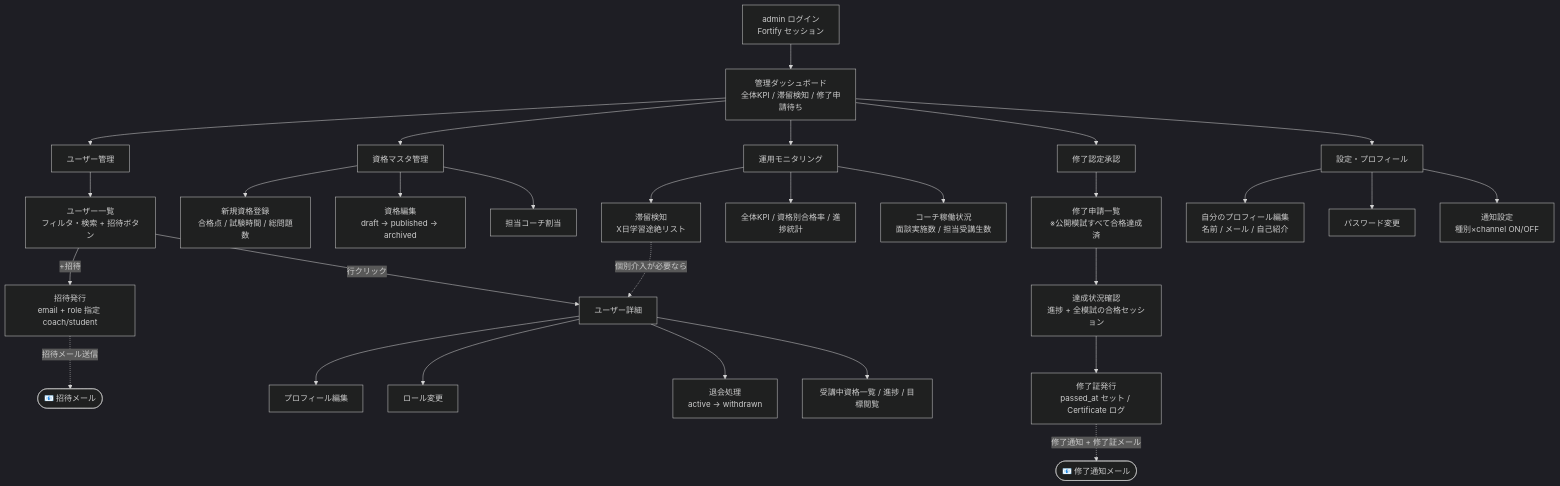
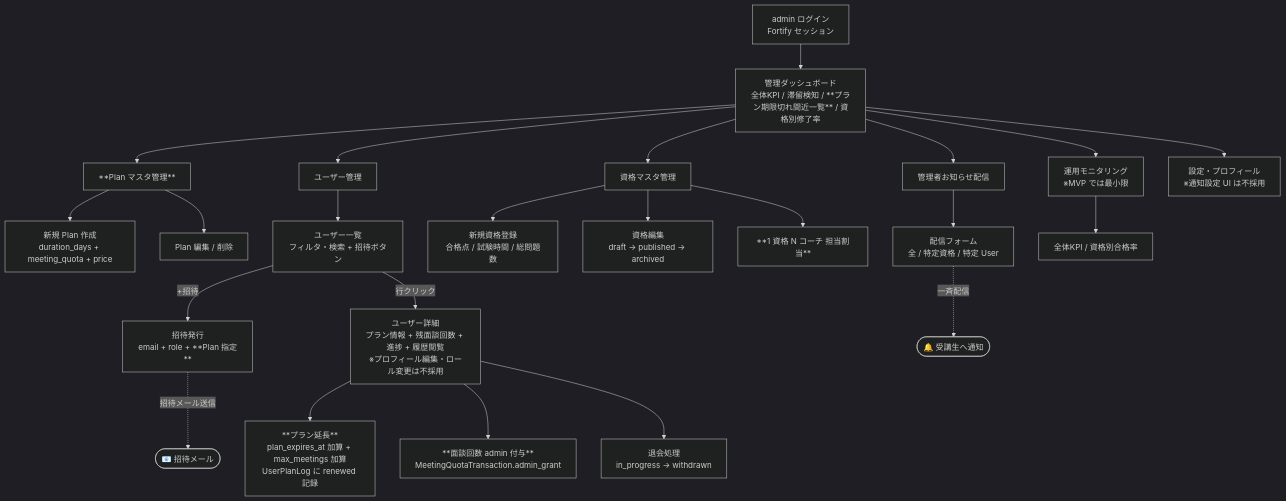
Before and after one commit to coachtech-mockcase-second/ExampleAnswer-mockcase-CertifyLMS: the second of 9 diagrams in docs/steering/product.md, drawn with Mermaid (dark theme). The commit also changed other lines of this file and 67 other files, not shown here.

````diff
--- a/docs/steering/product.md
+++ b/docs/steering/product.md
@@ -164,37 +205,31 @@
 ```mermaid
 flowchart TD
-    Login[admin ログイン<br/>Fortify セッション] --> Dash[管理ダッシュボード<br/>全体KPI / 滞留検知 / 修了申請待ち]
+    Login[admin ログイン<br/>Fortify セッション] --> Dash[管理ダッシュボード<br/>全体KPI / 滞留検知 / **プラン期限切れ間近一覧** / 資格別修了率]
+
+    Dash --> PlanMgmt[**Plan マスタ管理**]
+    PlanMgmt --> AddPlan[新規 Plan 作成<br/>duration_days + meeting_quota + price]
+    PlanMgmt --> EditPlan[Plan 編集 / 削除]
 
     Dash --> UserMgmt[ユーザー管理]
     UserMgmt --> UserList[ユーザー一覧<br/>フィルタ・検索 + 招待ボタン]
-    UserList -->|+招待| InviteFlow[招待発行<br/>email + role 指定 coach/student]
+    UserList -->|+招待| InviteFlow[招待発行<br/>email + role + **Plan 指定**]
     InviteFlow -.->|招待メール送信| MailInvite([📧 招待メール])
-    UserList -->|行クリック| UserDetail[ユーザー詳細]
-    UserDetail --> EditProfile[プロフィール編集]
-    UserDetail --> ChangeRole[ロール変更]
-    UserDetail --> Withdraw[退会処理<br/>active → withdrawn]
-    UserDetail --> ViewProgress[受講中資格一覧 / 進捗 / 目標閲覧]
+    UserList -->|行クリック| UserDetail[ユーザー詳細<br/>プラン情報 + 残面談回数 + 進捗 + 履歴閲覧<br/>※プロフィール編集・ロール変更は不採用]
+    UserDetail --> ExtendCourse[**プラン延長**<br/>plan_expires_at 加算 + max_meetings 加算<br/>UserPlanLog に renewed 記録]
+    UserDetail --> AdminGrant[**面談回数 admin 付与**<br/>MeetingQuotaTransaction.admin_grant]
+    UserDetail --> Withdraw[退会処理<br/>in_progress → withdrawn]
 
     Dash --> CertMgmt[資格マスタ管理]
     CertMgmt --> AddCert[新規資格登録<br/>合格点 / 試験時間 / 総問題数]
     CertMgmt --> EditCert[資格編集<br/>draft → published → archived]
-    CertMgmt --> AssignCoach[担当コーチ割当]
+    CertMgmt --> AssignCoach[**1 資格 N コーチ 担当割当**]
 
-    Dash --> CertApproval[修了認定承認]
-    CertApproval --> RequestList[修了申請一覧<br/>※公開模試すべて合格達成済]
-    RequestList --> ReviewProgress[達成状況確認<br/>進捗 + 全模試の合格セッション]
-    ReviewProgress --> IssueCert[修了証発行<br/>passed_at セット / Certificate ログ]
-    IssueCert -.->|修了通知 + 修了証メール| MailCert([📧 修了通知メール])
+    Dash --> Announcement[管理者お知らせ配信]
+    Announcement --> SendAnnouncement[配信フォーム<br/>全 / 特定資格 / 特定 User]
+    SendAnnouncement -.->|一斉配信| NotifyA([🔔 受講生へ通知])
 
-    Dash --> Monitor[運用モニタリング]
-    Monitor --> Stats[全体KPI / 資格別合格率 / 進捗統計]
-    Monitor --> CoachPerf[コーチ稼働状況<br/>面談実施数 / 担当受講生数]
-    Monitor --> StagnationList[滞留検知<br/>X日学習途絶リスト]
+    Dash --> Monitor[運用モニタリング<br/>※MVP では最小限]
+    Monitor --> Stats[全体KPI / 資格別合格率]
 
-    StagnationList -.->|個別介入が必要なら| UserDetail
-
-    Dash --> Settings[設定・プロフィール]
-    Settings --> EditMyProfile[自分のプロフィール編集<br/>名前 / メール / 自己紹介]
-    Settings --> ChangePw[パスワード変更]
-    Settings --> NotifPref[通知設定<br/>種別×channel ON/OFF]
+    Dash --> Settings[設定・プロフィール<br/>※通知設定 UI は不採用]
 ```
````
